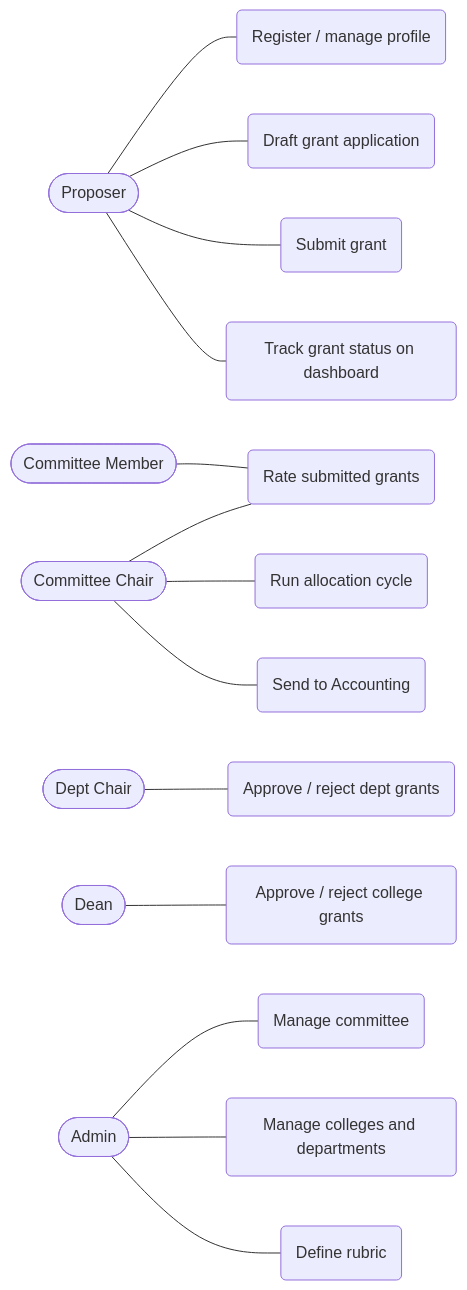
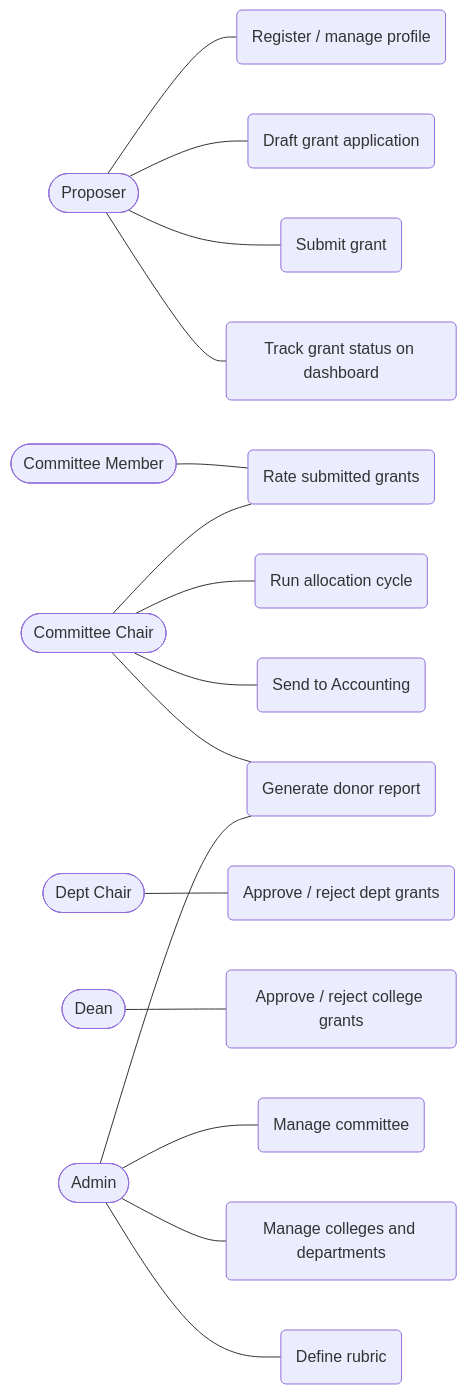
Before and after one commit to jayantiacharya/grant-management-system: the diagram in docs/use-cases.md, drawn with Mermaid. The commit also changed other lines of this file and 3 other files, not shown here.

First line of the commit message:
docs: sync donor report, grant questions, and accounting gate

````diff
--- a/docs/use-cases.md
+++ b/docs/use-cases.md
@@ -24,27 +25,29 @@
 ```mermaid
 graph LR
     P([Proposer])
     CM([Committee Member])
     CC([Committee Chair])
     DC([Dept Chair])
     DE([Dean])
     AD([Admin])
 
     P --- RP(Register / manage profile)
     P --- DG(Draft grant application)
     P --- SG(Submit grant)
     P --- TG(Track grant status on dashboard)
 
     CM --- RV(Rate submitted grants)
     CC --- RV
     CC --- AL(Run allocation cycle)
     CC --- SA(Send to Accounting)
+    CC --- DR(Generate donor report)
+    AD --- DR
 
     DC --- AP(Approve / reject dept grants)
 
     DE --- DA(Approve / reject college grants)
 
     AD --- MC(Manage committee)
     AD --- MD(Manage colleges and departments)
     AD --- MR(Define rubric)
 ```
````
